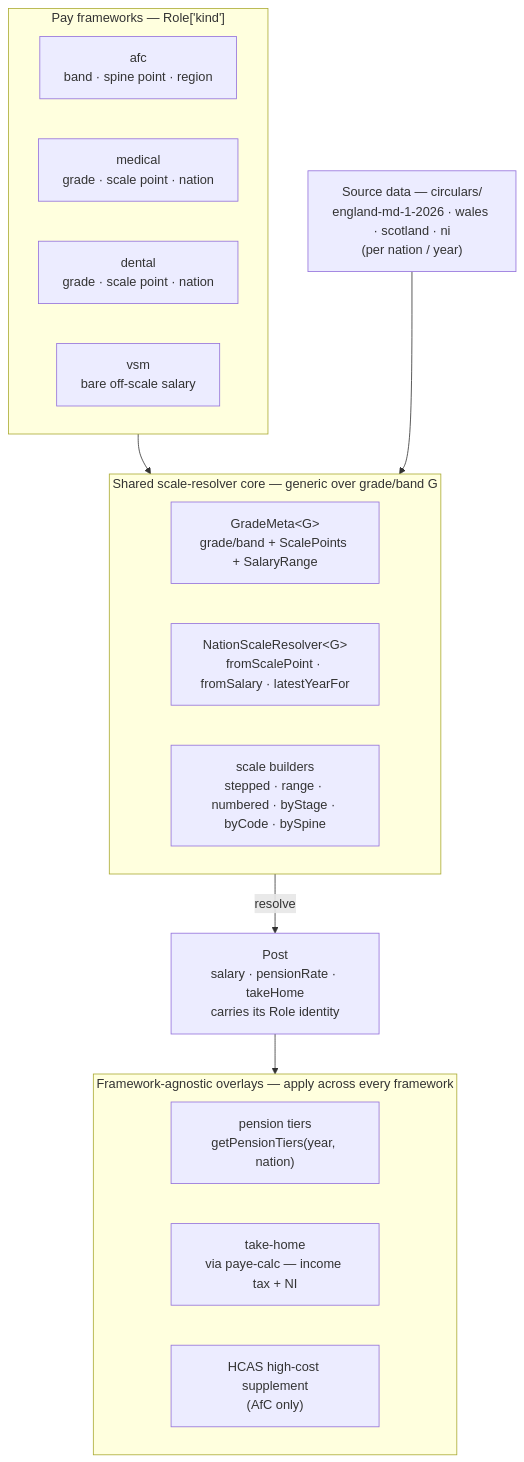
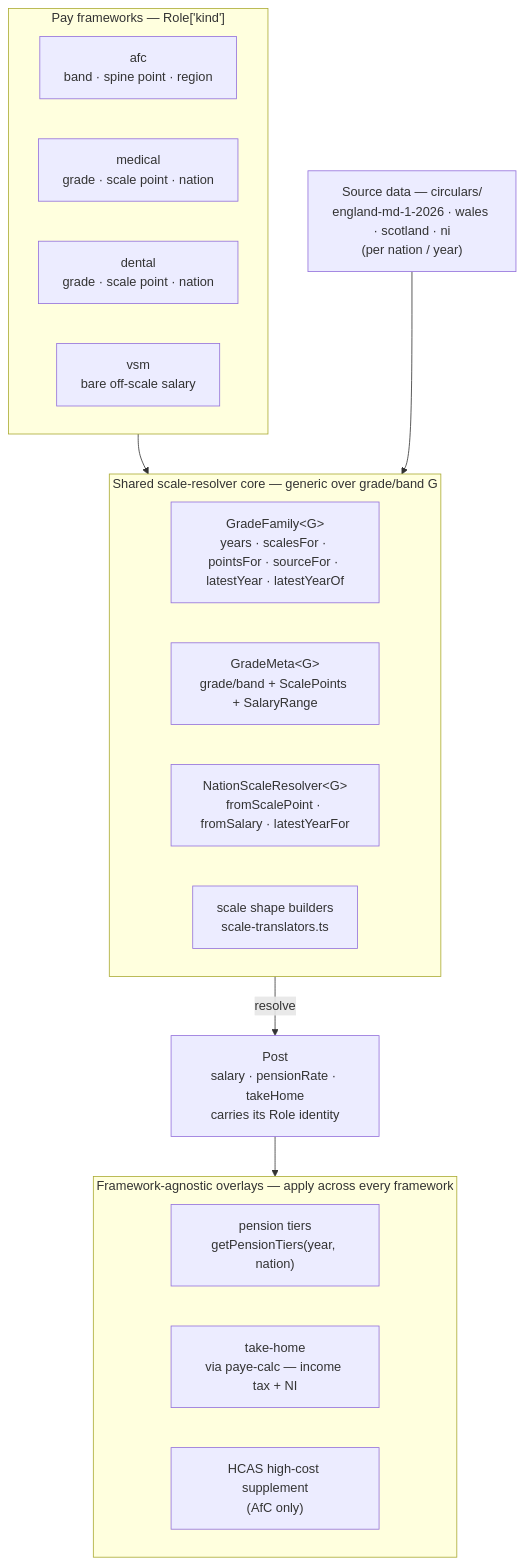
Before and after one commit to casomoltd/nhs-pay: the first of 2 diagrams in docs/pay-frameworks.md, drawn with Mermaid. The commit also changed other lines of this file and 35 other files, not shown here.

````diff
--- a/docs/pay-frameworks.md
+++ b/docs/pay-frameworks.md
@@ -20,30 +20,31 @@
 ```mermaid
 flowchart TB
   subgraph FW["Pay frameworks — Role['kind']"]
     afc["afc<br/>band · spine point · region"]
     med["medical<br/>grade · scale point · nation"]
     den["dental<br/>grade · scale point · nation"]
     vsm["vsm<br/>bare off-scale salary"]
   end
 
   subgraph CORE["Shared scale-resolver core — generic over grade/band G"]
+    fam["GradeFamily&lt;G&gt;<br/>years · scalesFor · pointsFor · sourceFor · latestYear · latestYearOf"]
     gm["GradeMeta&lt;G&gt;<br/>grade/band + ScalePoints + SalaryRange"]
     res["NationScaleResolver&lt;G&gt;<br/>fromScalePoint · fromSalary · latestYearFor"]
-    build["scale builders<br/>stepped · range · numbered · byStage · byCode · bySpine"]
+    build["scale shape builders<br/>scale-translators.ts"]
   end
 
   src["Source data — circulars/<br/>england-md-1-2026 · wales · scotland · ni<br/>(per nation / year)"]
 
   post["Post<br/>salary · pensionRate · takeHome<br/>carries its Role identity"]
 
   subgraph OVL["Framework-agnostic overlays — apply across every framework"]
     pen["pension tiers<br/>getPensionTiers(year, nation)"]
     th["take-home<br/>via paye-calc — income tax + NI"]
     hcas["HCAS high-cost supplement<br/>(AfC only)"]
   end
 
   FW --> CORE
   src --> CORE
   CORE -->|resolve| post
   post --> OVL
 ```
````
